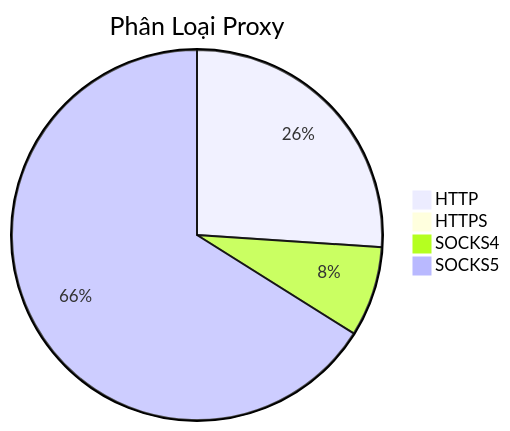
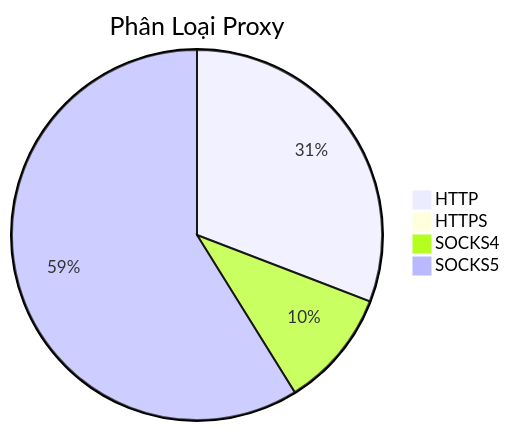
Before and after one commit to Ciara-Aa/PROXY-free: the diagram in README.md, drawn with Mermaid. The commit also changed other lines of this file and 4 other files, not shown here.

````diff
--- a/README.md
+++ b/README.md
@@ -26,7 +26,7 @@
 ```mermaid
 pie title Phân Loại Proxy
-    "HTTP" : 788
-    "HTTPS" : 0
-    "SOCKS4" : 238
-    "SOCKS5" : 1998
+    "HTTP" : 796
+    "HTTPS" : 2
+    "SOCKS4" : 266
+    "SOCKS5" : 1519
 ```
````
